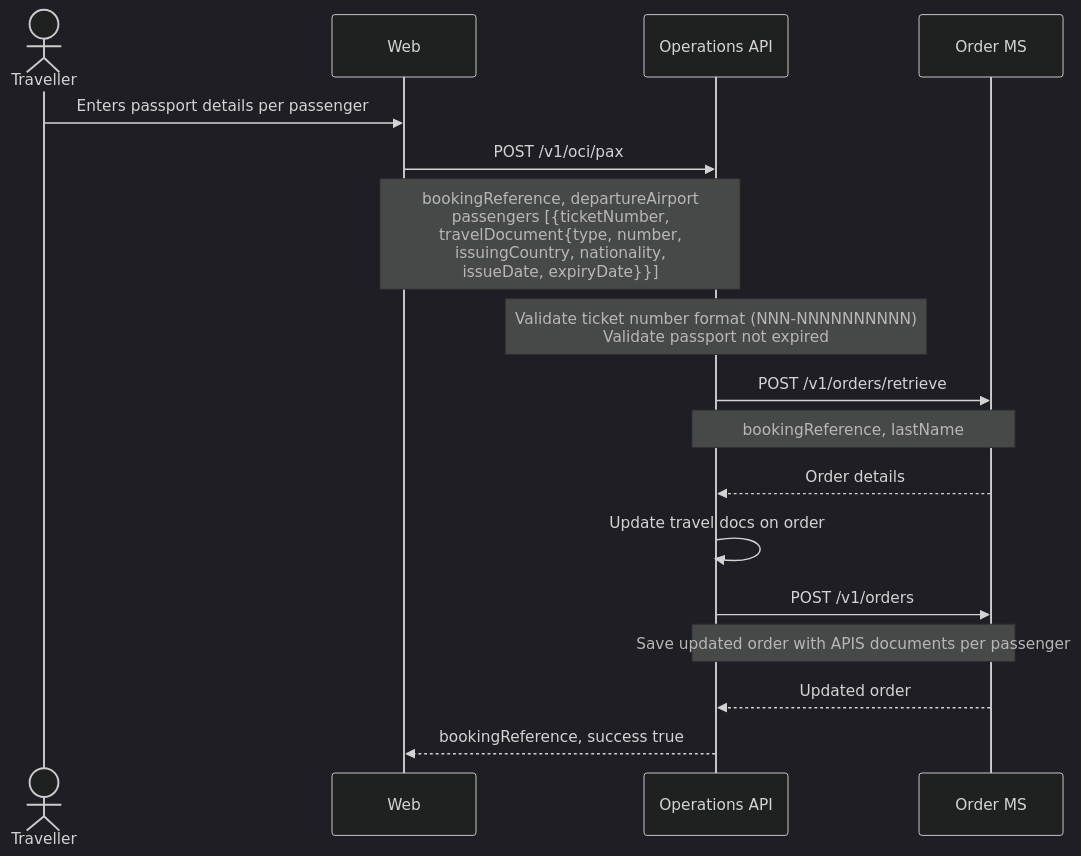
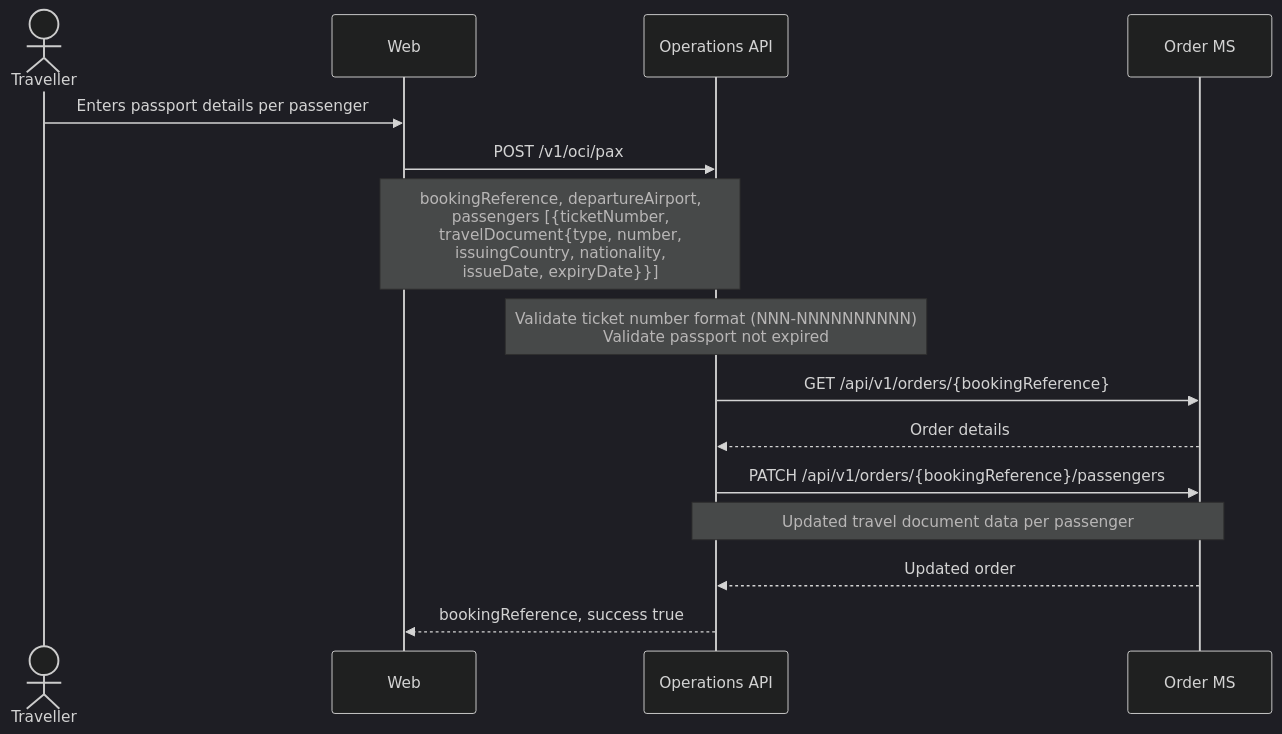
The second of 7 diagrams in documentation/sequences/check-in.md (sebharvey/airline-reservation-system), drawn with Mermaid (dark theme) before and after one commit. The commit also changed other lines of this file and 11 other files, not shown here.

````diff
--- a/documentation/sequences/check-in.md
+++ b/documentation/sequences/check-in.md
@@ -45,26 +45,23 @@
 ```mermaid
 sequenceDiagram
     actor Traveller
     participant Web
     participant OpsAPI as Operations API
     participant OrderMS as Order MS
 
     Traveller->>Web: Enters passport details per passenger
 
     Web->>OpsAPI: POST /v1/oci/pax
-    Note over Web,OpsAPI: bookingReference, departureAirport<br/>passengers [{ticketNumber,<br/>travelDocument{type, number,<br/>issuingCountry, nationality,<br/>issueDate, expiryDate}}]
+    Note over Web,OpsAPI: bookingReference, departureAirport,<br/>passengers [{ticketNumber,<br/>travelDocument{type, number,<br/>issuingCountry, nationality,<br/>issueDate, expiryDate}}]
 
     Note over OpsAPI: Validate ticket number format (NNN-NNNNNNNNNN)<br/>Validate passport not expired
 
-    OpsAPI->>OrderMS: POST /v1/orders/retrieve
-    Note over OpsAPI,OrderMS: bookingReference, lastName
+    OpsAPI->>OrderMS: GET /api/v1/orders/{bookingReference}
     OrderMS-->>OpsAPI: Order details
 
-    OpsAPI->>OpsAPI: Update travel docs on order
-
-    OpsAPI->>OrderMS: POST /v1/orders
-    Note over OpsAPI,OrderMS: Save updated order with APIS documents per passenger
+    OpsAPI->>OrderMS: PATCH /api/v1/orders/{bookingReference}/passengers
+    Note over OpsAPI,OrderMS: Updated travel document data per passenger
     OrderMS-->>OpsAPI: Updated order
 
     OpsAPI-->>Web: bookingReference, success true
 ```
````
